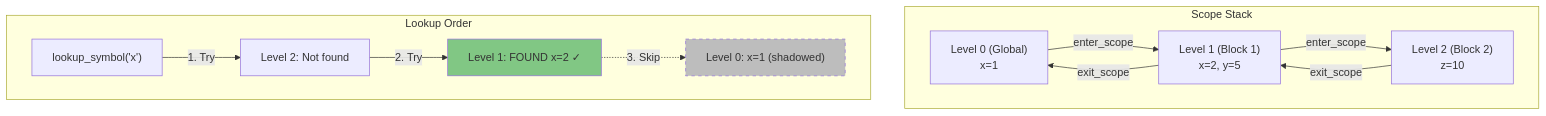
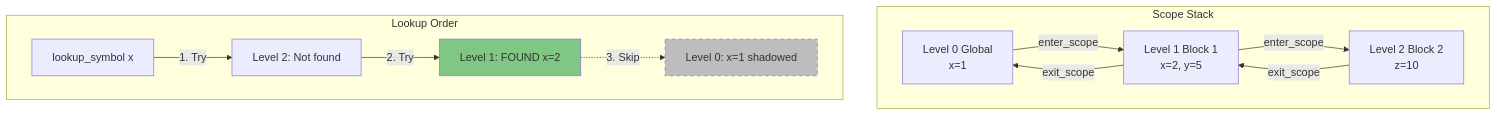
Before and after one commit to Uttam-Mahata/Compiler-Design-LAB: diagram 17 of 22 in Assignment-04-TC/SYMBOL_TABLE_IMPLEMENTATION_EXPLAINED.md, drawn with Mermaid. The commit also changed other lines of this file, not shown here.

Commit message:
Update symbol table documentation: enhance clarity in diagrams and improve terminology consistency

````diff
--- a/Assignment-04-TC/SYMBOL_TABLE_IMPLEMENTATION_EXPLAINED.md
+++ b/Assignment-04-TC/SYMBOL_TABLE_IMPLEMENTATION_EXPLAINED.md
@@ -1332,23 +1328,23 @@
 ```mermaid
 graph TB
     subgraph "Scope Stack"
-        S0["Level 0 (Global)<br/>x=1"]
-        S1["Level 1 (Block 1)<br/>x=2, y=5"]
-        S2["Level 2 (Block 2)<br/>z=10"]
+        S0["Level 0 Global<br/>x=1"]
+        S1["Level 1 Block 1<br/>x=2, y=5"]
+        S2["Level 2 Block 2<br/>z=10"]
         
         S2 --> |exit_scope| S1
         S1 --> |exit_scope| S0
         S0 --> |enter_scope| S1
         S1 --> |enter_scope| S2
     end
     
     subgraph "Lookup Order"
-        L["lookup_symbol('x')"]
+        L["lookup_symbol x"]
         L --> |1. Try| L2["Level 2: Not found"]
-        L2 --> |2. Try| L1["Level 1: FOUND x=2 ✓"]
-        L1 -.-> |3. Skip| L0["Level 0: x=1 (shadowed)"]
+        L2 --> |2. Try| L1["Level 1: FOUND x=2"]
+        L1 -.-> |3. Skip| L0["Level 0: x=1 shadowed"]
     end
     
     style L1 fill:#81c784
     style L0 fill:#bdbdbd,stroke-dasharray: 5 5
 ```
````
